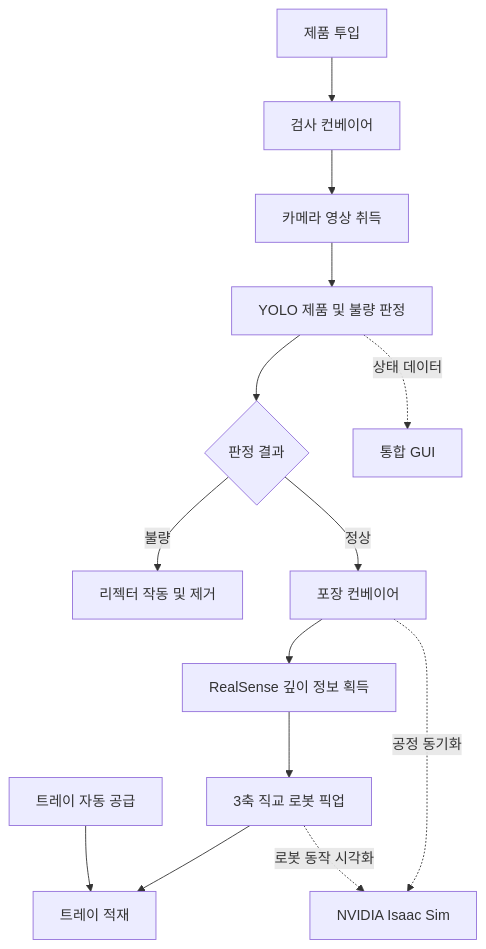
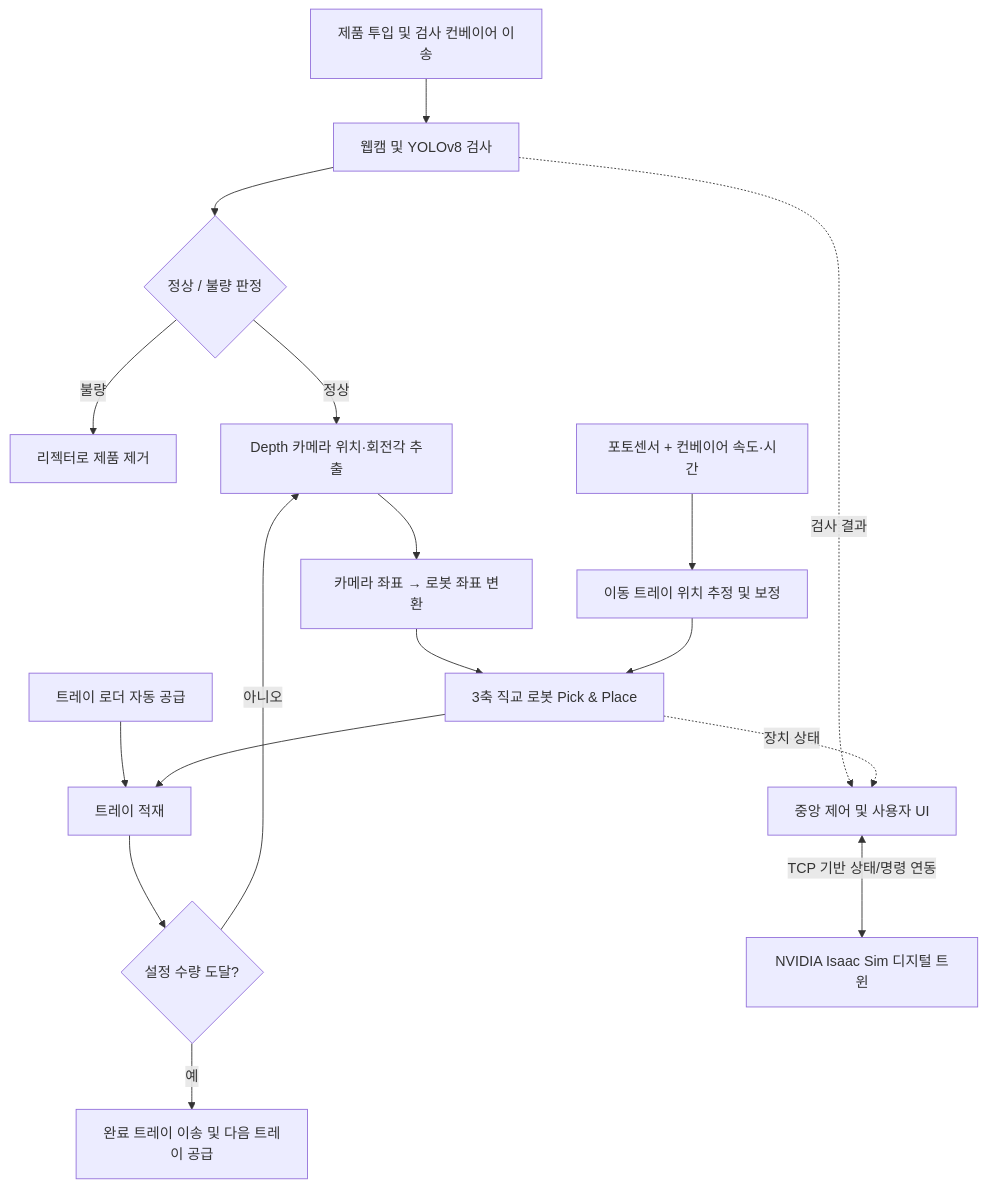
One commit to jeonghwan1376/26_HC278 changed the first of 2 diagrams in README.md. Above: the diagram before and after it, drawn with Mermaid. The commit also changed other lines of this file, not shown here.

````diff
--- a/README.md
+++ b/README.md
@@ -99,16 +97,19 @@
 ```mermaid
 flowchart TD
-    A[제품 투입] --> B[검사 컨베이어]
-    B --> C[카메라 영상 취득]
-    C --> D[YOLO 제품 및 불량 판정]
-    D --> E{판정 결과}
-    E -->|불량| F[리젝터 작동 및 제거]
-    E -->|정상| G[포장 컨베이어]
-    G --> H[RealSense 깊이 정보 획득]
-    H --> I[3축 직교 로봇 픽업]
-    I --> J[트레이 적재]
-    K[트레이 자동 공급] --> J
-    D -. 상태 데이터 .-> L[통합 GUI]
-    G -. 공정 동기화 .-> M[NVIDIA Isaac Sim]
-    I -. 로봇 동작 시각화 .-> M
+    A[제품 투입 및 검사 컨베이어 이송] --> B[웹캠 및 YOLOv8 검사]
+    B --> C{정상 / 불량 판정}
+    C -->|불량| D[리젝터로 제품 제거]
+    C -->|정상| E[Depth 카메라 위치·회전각 추출]
+    E --> F[카메라 좌표 → 로봇 좌표 변환]
+    F --> G[3축 직교 로봇 Pick & Place]
+    H[포토센서 + 컨베이어 속도·시간] --> I[이동 트레이 위치 추정 및 보정]
+    I --> G
+    J[트레이 로더 자동 공급] --> K[트레이 적재]
+    G --> K
+    K --> L{설정 수량 도달?}
+    L -->|아니오| E
+    L -->|예| M[완료 트레이 이송 및 다음 트레이 공급]
+    B -. 검사 결과 .-> N[중앙 제어 및 사용자 UI]
+    G -. 장치 상태 .-> N
+    N <-->|TCP 기반 상태/명령 연동| O[NVIDIA Isaac Sim 디지털 트윈]
 ```
````
